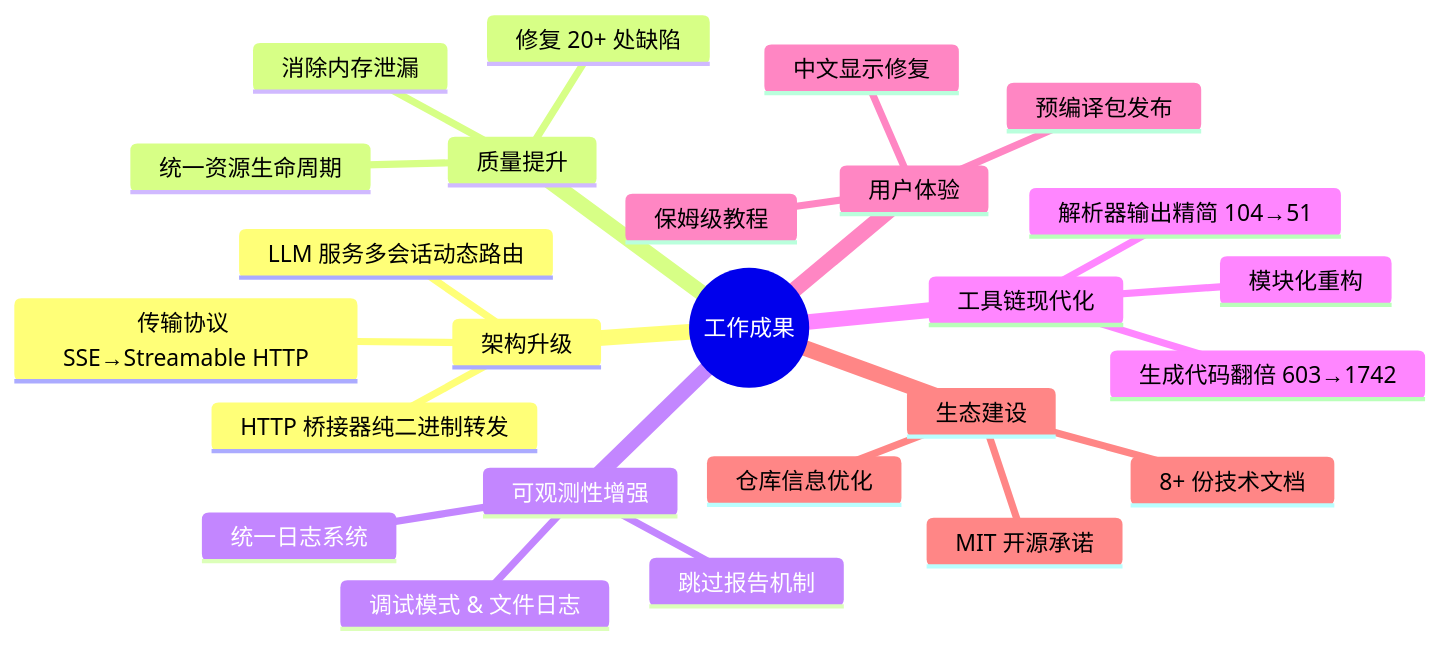
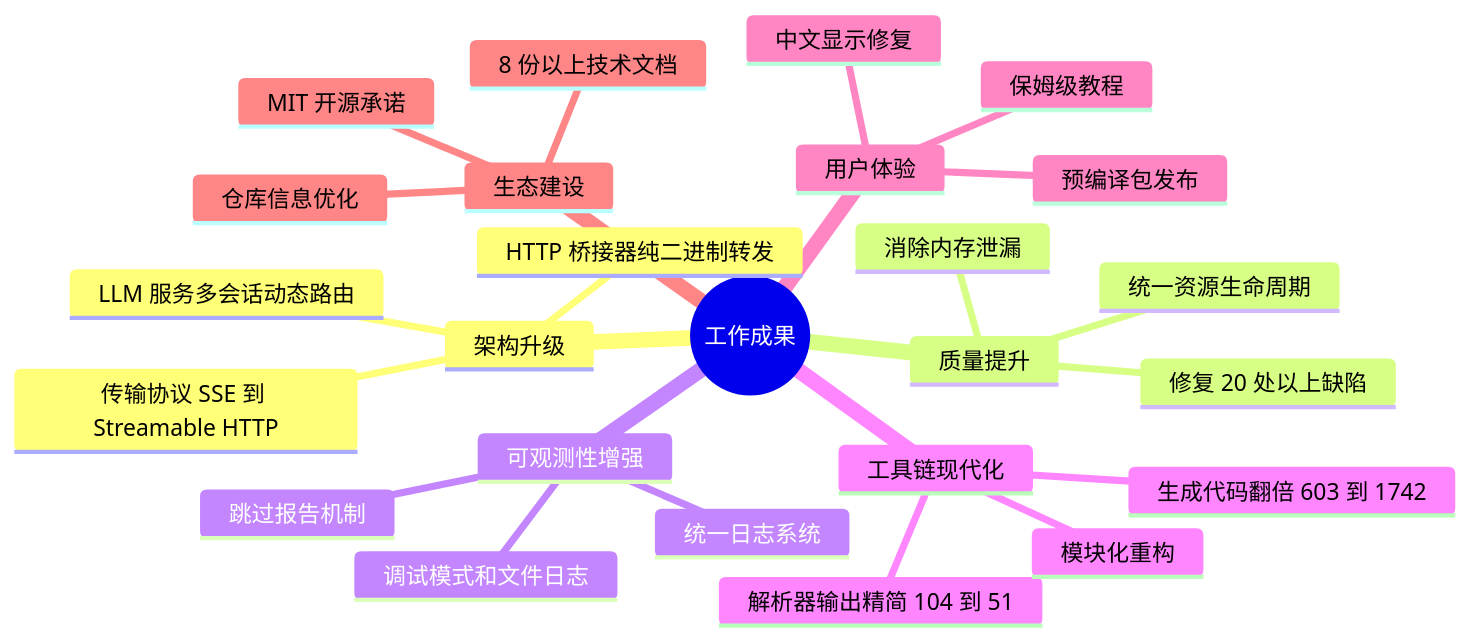
Diagram 16 of 16 in LingoFuse_Python_Binding_Migration_Record.md (PassByYou888/LingoFuse-pasAgent), drawn with Mermaid before and after one commit. The commit also changed other lines of this file, not shown here.

````diff
--- a/LingoFuse_Python_Binding_Migration_Record.md
+++ b/LingoFuse_Python_Binding_Migration_Record.md
@@ -714,28 +705,28 @@
 ```mermaid
 mindmap
-  root((工作成果))
+  root(("工作成果"))
     架构升级
       LLM 服务多会话动态路由
       HTTP 桥接器纯二进制转发
-      传输协议 SSE→Streamable HTTP
+      传输协议 SSE 到 Streamable HTTP
     质量提升
-      修复 20+ 处缺陷
+      修复 20 处以上缺陷
       消除内存泄漏
       统一资源生命周期
     可观测性增强
       统一日志系统
-      调试模式 & 文件日志
+      调试模式和文件日志
       跳过报告机制
     工具链现代化
-      解析器输出精简 104→51
-      生成代码翻倍 603→1742
+      解析器输出精简 104 到 51
+      生成代码翻倍 603 到 1742
       模块化重构
     用户体验
       预编译包发布
       保姆级教程
       中文显示修复
     生态建设
-      8+ 份技术文档
+      8 份以上技术文档
       仓库信息优化
       MIT 开源承诺
 ```
````
